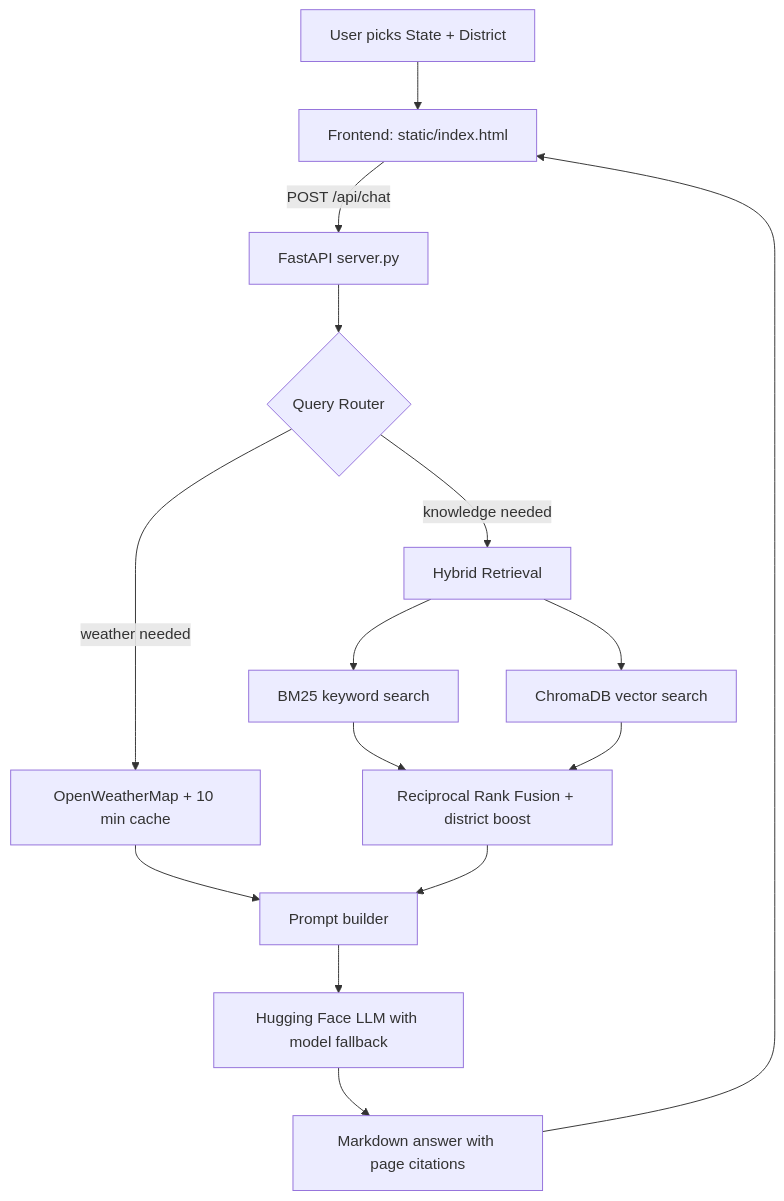
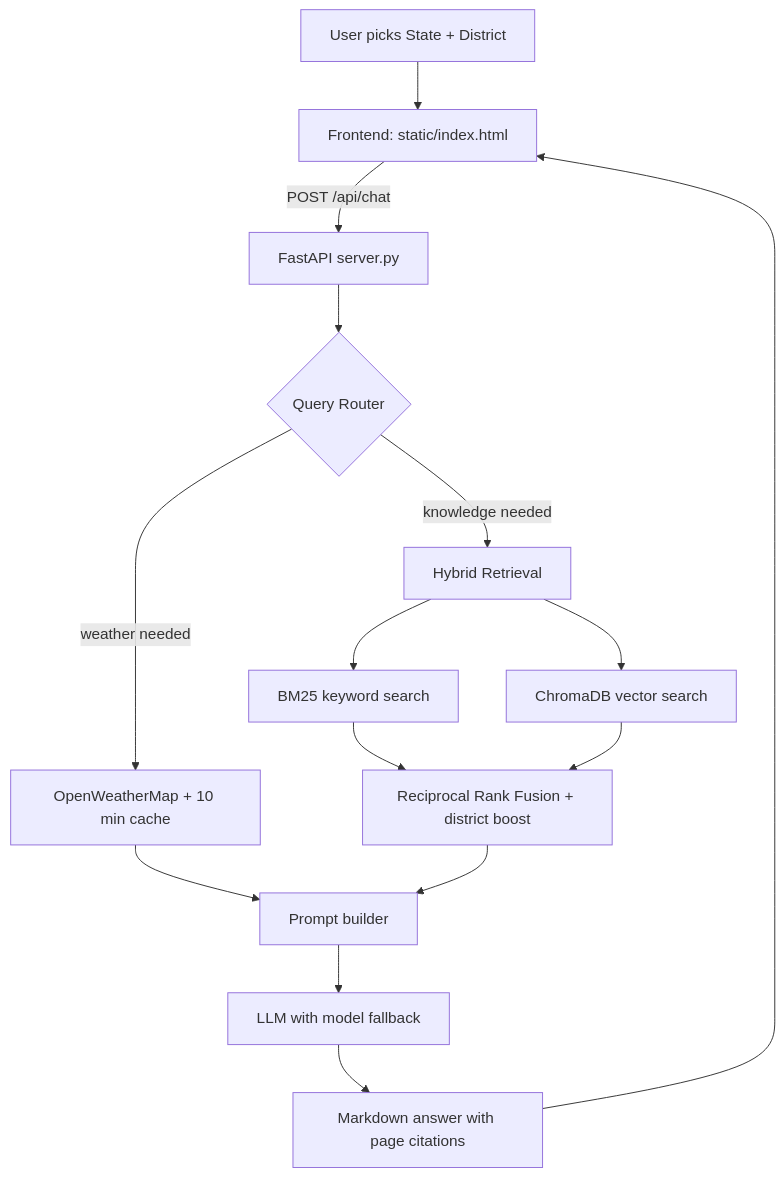
The diagram in README.md (Kxbir31/AgroSense), drawn with Mermaid before and after one commit.

````diff
--- a/README.md
+++ b/README.md
@@ -33,17 +33,17 @@
 ```mermaid
 flowchart TD
     A[User picks State + District] --> B[Frontend: static/index.html]
     B -->|POST /api/chat| C[FastAPI server.py]
     C --> D{Query Router}
     D -->|weather needed| E[OpenWeatherMap + 10 min cache]
     D -->|knowledge needed| F[Hybrid Retrieval]
     F --> F1[BM25 keyword search]
     F --> F2[ChromaDB vector search]
     F1 --> G[Reciprocal Rank Fusion + district boost]
     F2 --> G
     E --> H[Prompt builder]
     G --> H
-    H --> I[Hugging Face LLM with model fallback]
+    H --> I[ LLM with model fallback]
     I --> J[Markdown answer with page citations]
     J --> B
 ```
````
